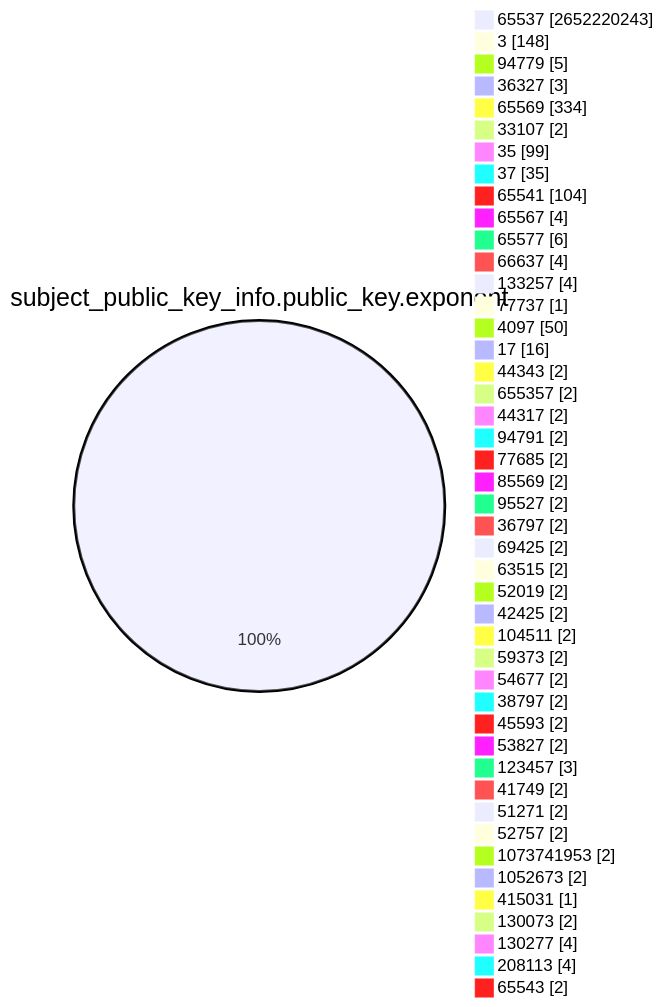
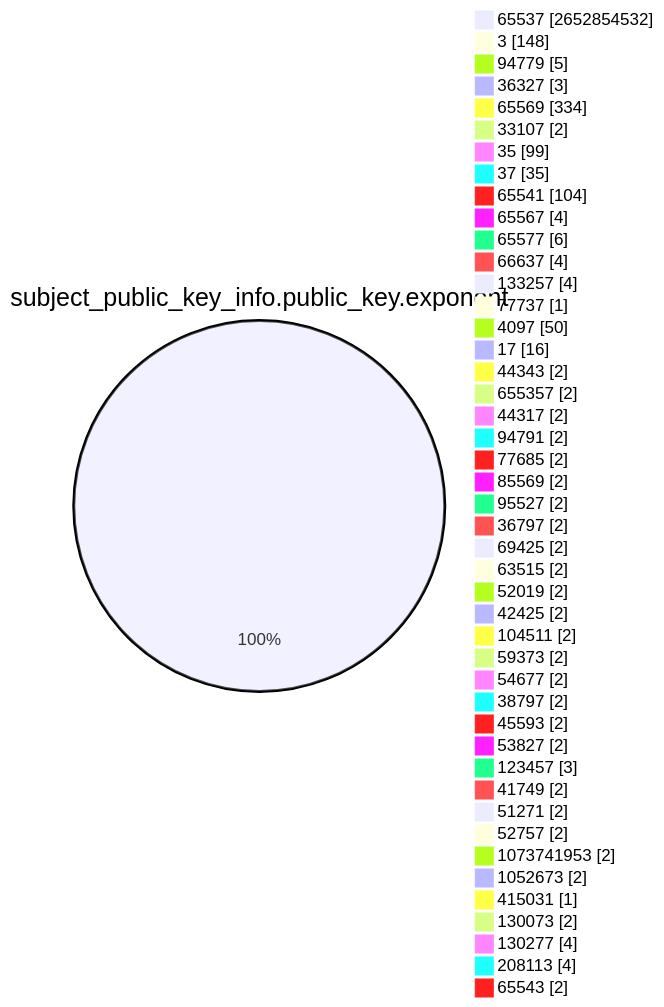
Before and after one commit to christiankrug/ctmonitor_visualization: the fourth of 15 diagrams in TOTAL/README.md, drawn with Mermaid. The commit also changed other lines of this file, not shown here.

````diff
--- a/TOTAL/README.md
+++ b/TOTAL/README.md
@@ -1466,49 +1466,49 @@
 ```mermaid
 pie showData
 title subject_public_key_info.public_key.exponent
-"65537" :2652220243
+"65537" :2652854532
 "3" :148
 "94779" :5
 "36327" :3
 "65569" :334
 "33107" :2
 "35" :99
 "37" :35
 "65541" :104
 "65567" :4
 "65577" :6
 "66637" :4
 "133257" :4
 "77737" :1
 "4097" :50
 "17" :16
 "44343" :2
 "655357" :2
 "44317" :2
 "94791" :2
 "77685" :2
 "85569" :2
 "95527" :2
 "36797" :2
 "69425" :2
 "63515" :2
 "52019" :2
 "42425" :2
 "104511" :2
 "59373" :2
 "54677" :2
 "38797" :2
 "45593" :2
 "53827" :2
 "123457" :3
 "41749" :2
 "51271" :2
 "52757" :2
 "1073741953" :2
 "1052673" :2
 "415031" :1
 "130073" :2
 "130277" :4
 "208113" :4
 "65543" :2
 ```
````
